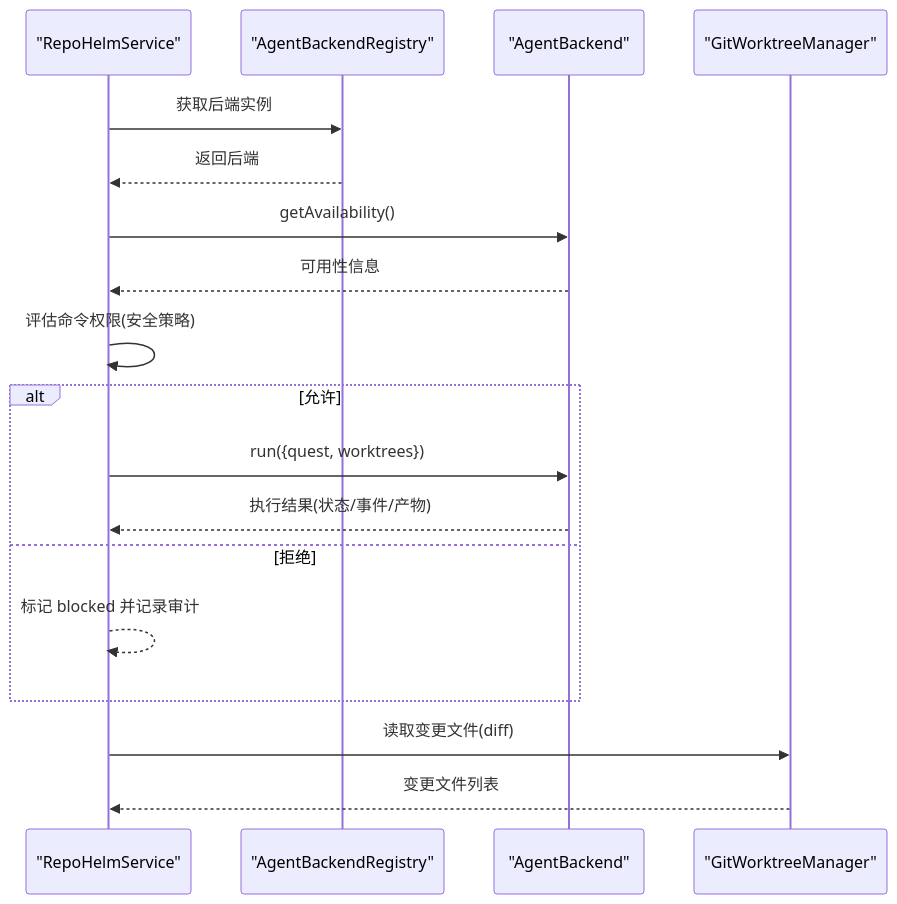
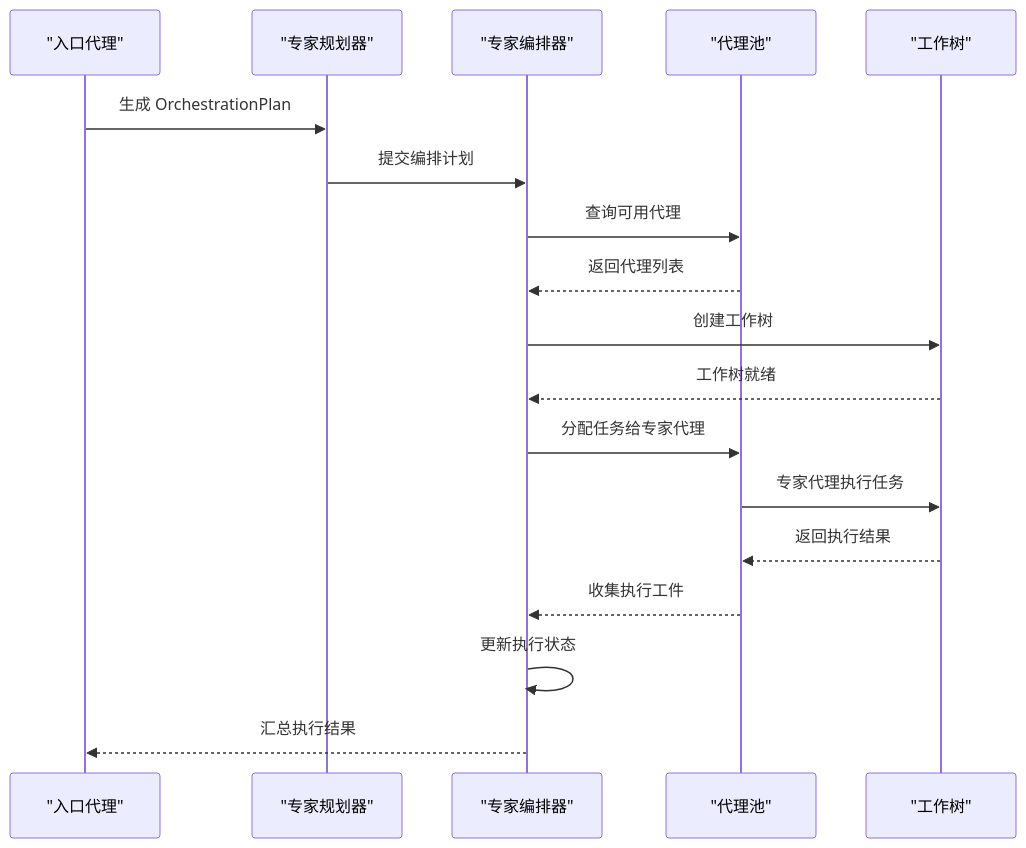
The fifth of 8 diagrams in .qoder/repowiki/zh/content/核心服务模块/任务编排流程.md (coconilu/RepoHelm), drawn with Mermaid before and after one commit. The commit also changed other lines of this file and 14 other files, not shown here.

````diff
--- a/.qoder/repowiki/zh/content/核心服务模块/任务编排流程.md
+++ b/.qoder/repowiki/zh/content/核心服务模块/任务编排流程.md
@@ -204,20 +249,20 @@
 ```mermaid
 sequenceDiagram
-participant Svc as "RepoHelmService"
-participant Reg as "AgentBackendRegistry"
-participant Backend as "AgentBackend"
-participant WT as "GitWorktreeManager"
-Svc->>Reg : 获取后端实例
-Reg-->>Svc : 返回后端
-Svc->>Backend : getAvailability()
-Backend-->>Svc : 可用性信息
-Svc->>Svc : 评估命令权限(安全策略)
-alt 允许
-Svc->>Backend : run({quest, worktrees})
-Backend-->>Svc : 执行结果(状态/事件/产物)
-else 拒绝
-Svc-->>Svc : 标记 blocked 并记录审计
-end
-Svc->>WT : 读取变更文件(diff)
-WT-->>Svc : 变更文件列表
+participant Entry as "入口代理"
+participant Planner as "专家规划器"
+participant Executor as "专家编排器"
+participant AgentPool as "代理池"
+participant Worktree as "工作树"
+Entry->>Planner : 生成 OrchestrationPlan
+Planner->>Executor : 提交编排计划
+Executor->>AgentPool : 查询可用代理
+AgentPool-->>Executor : 返回代理列表
+Executor->>Worktree : 创建工作树
+Worktree-->>Executor : 工作树就绪
+Executor->>AgentPool : 分配任务给专家代理
+AgentPool->>Worktree : 专家代理执行任务
+Worktree-->>AgentPool : 返回执行结果
+AgentPool-->>Executor : 收集执行工件
+Executor->>Executor : 更新执行状态
+Executor-->>Entry : 汇总执行结果
 ```
````
